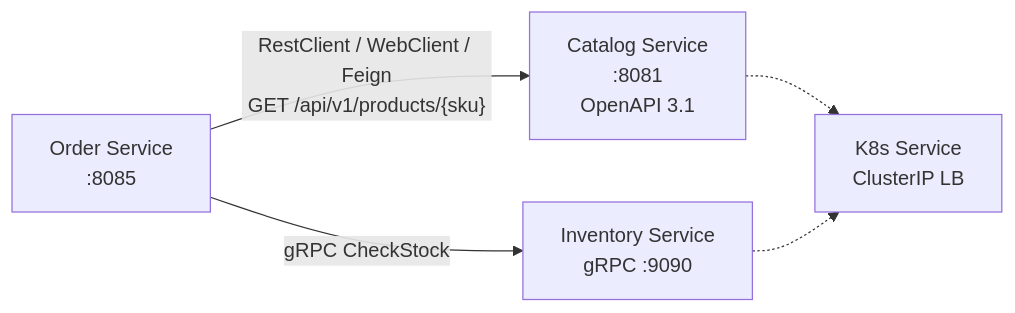
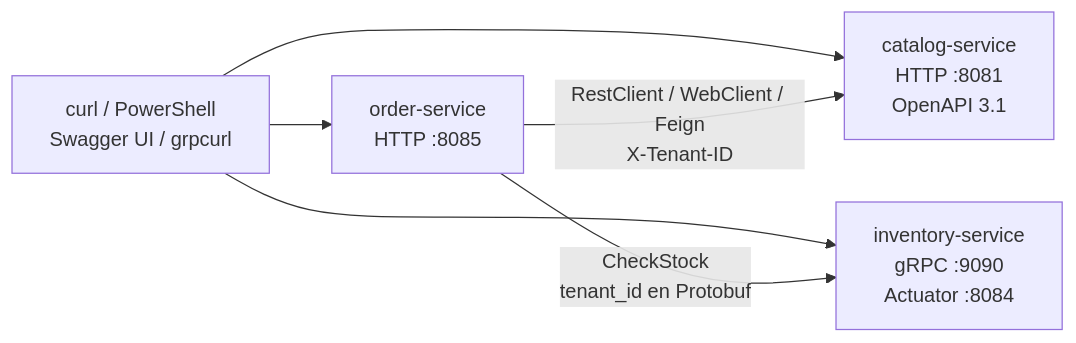
The diagram in modulo-03-comunicacion-sincrona/README.md (joedayz/microservicios-2026), drawn with Mermaid before and after one commit. The commit also changed other lines of this file and 7 other files, not shown here.

````diff
--- a/modulo-03-comunicacion-sincrona/README.md
+++ b/modulo-03-comunicacion-sincrona/README.md
@@ -47,12 +31,13 @@
 ```mermaid
 flowchart LR
-    ORD["Order Service<br/>:8085"]
-    CAT["Catalog Service<br/>:8081<br/>OpenAPI 3.1"]
-    INV["Inventory Service<br/>gRPC :9090"]
-    K8S["K8s Service<br/>ClusterIP LB"]
+    CLIENT["curl / PowerShell<br/>Swagger UI / grpcurl"]
+    ORD["order-service<br/>HTTP :8085"]
+    CAT["catalog-service<br/>HTTP :8081<br/>OpenAPI 3.1"]
+    INV["inventory-service<br/>gRPC :9090<br/>Actuator :8084"]
 
-    ORD -->|"RestClient / WebClient / Feign<br/>GET /api/v1/products/{sku}"| CAT
-    ORD -->|"gRPC CheckStock"| INV
-    CAT -.-> K8S
-    INV -.-> K8S
+    CLIENT --> ORD
+    CLIENT --> CAT
+    CLIENT --> INV
+    ORD -->|"RestClient / WebClient / Feign<br/>X-Tenant-ID"| CAT
+    ORD -->|"CheckStock<br/>tenant_id en Protobuf"| INV
 ```
````
